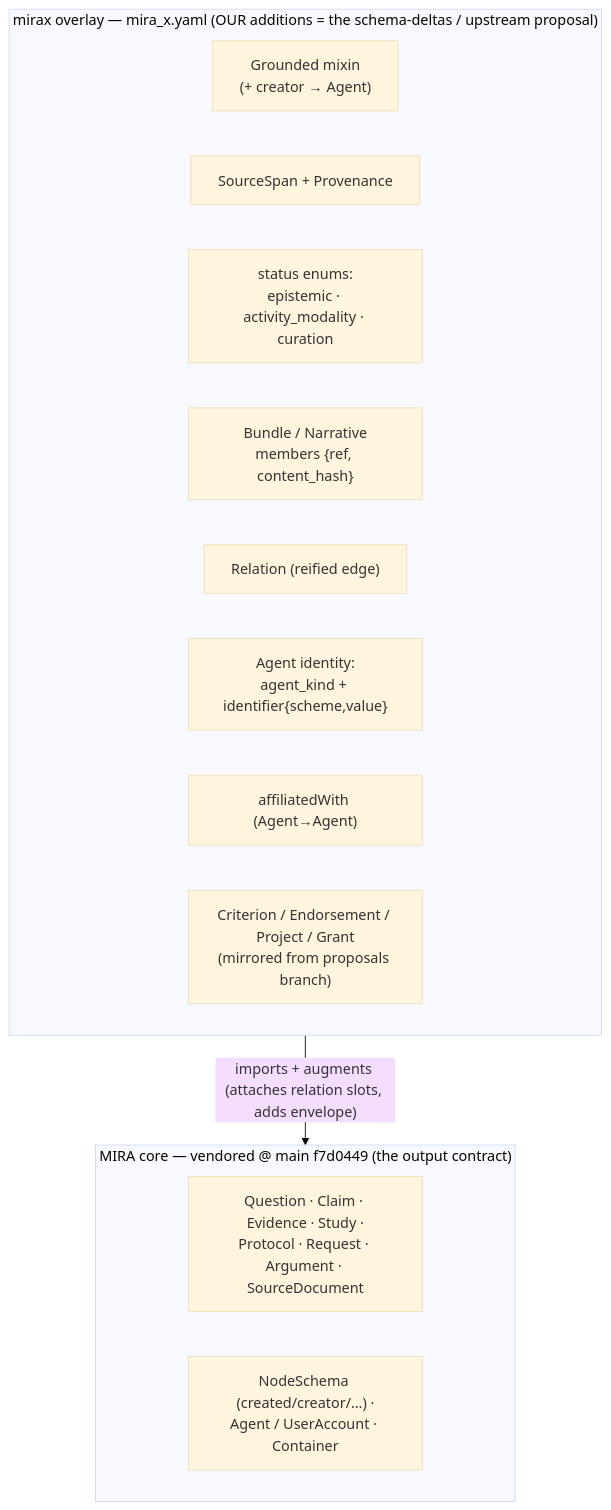
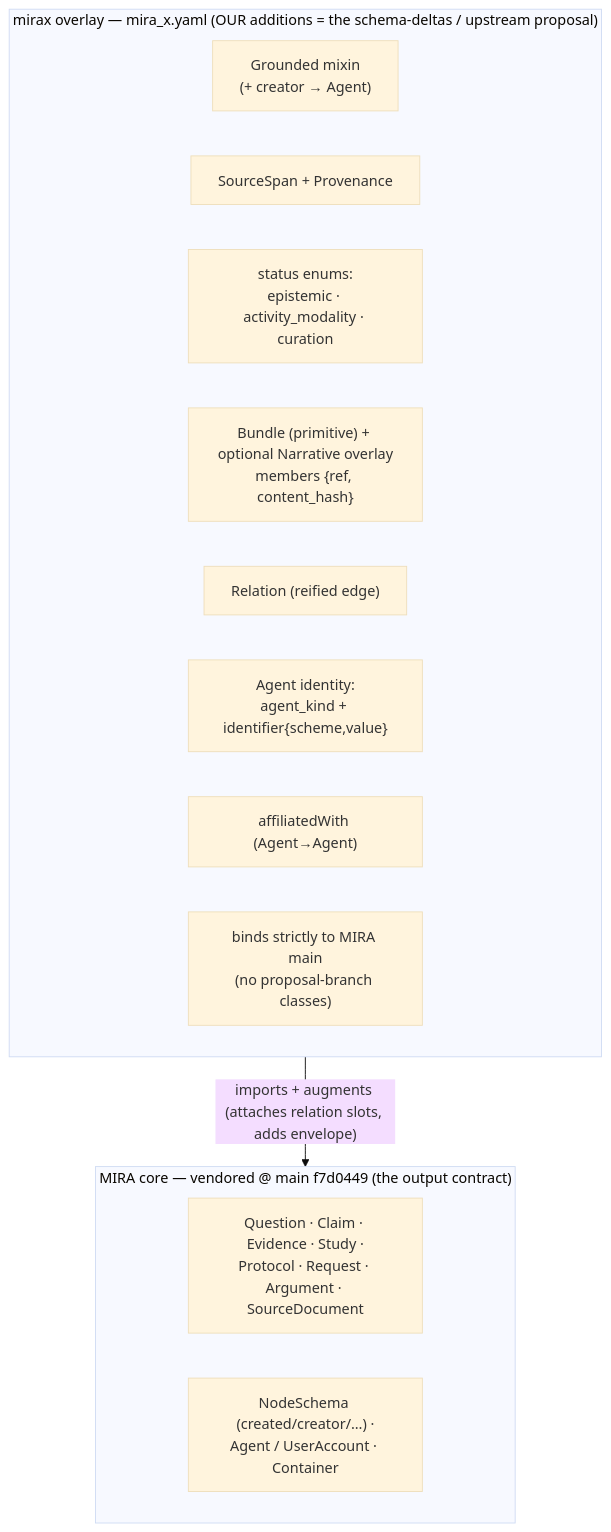
One commit to MIRA-science/MIRA-extraction changed the fourth of 7 diagrams in V1-MODEL.md. Above: the diagram before and after it, drawn with Mermaid (base theme). The commit also changed other lines of this file, not shown here.

First line of the commit message:
Sync v1 visual model: Bundle is primitive, Narrative optional, drop Criterion

````diff
--- a/V1-MODEL.md
+++ b/V1-MODEL.md
@@ -115,20 +112,20 @@
 ```mermaid
 flowchart TB
   subgraph OVL["mirax overlay — mira_x.yaml (OUR additions = the schema-deltas / upstream proposal)"]
     direction LR
     GR["Grounded mixin<br/>(+ creator → Agent)"]
     ENV2["SourceSpan + Provenance"]
     ST3["status enums:<br/>epistemic · activity_modality · curation"]
-    BN["Bundle / Narrative<br/>members {ref, content_hash}"]
+    BN["Bundle (primitive) + optional Narrative overlay<br/>members {ref, content_hash}"]
     REL["Relation (reified edge)"]
     IDT["Agent identity:<br/>agent_kind + identifier{scheme,value}"]
     AFF["affiliatedWith (Agent→Agent)"]
-    CRIT["Criterion / Endorsement / Project / Grant<br/>(mirrored from proposals branch)"]
+    STRICT["binds strictly to MIRA main<br/>(no proposal-branch classes)"]
   end
   subgraph CORE["MIRA core — vendored @ main f7d0449 (the output contract)"]
     direction LR
     DISC["Question · Claim · Evidence · Study ·<br/>Protocol · Request · Argument · SourceDocument"]
     BASE["NodeSchema (created/creator/…) ·<br/>Agent / UserAccount · Container"]
   end
   OVL -->|"imports + augments (attaches relation slots, adds envelope)"| CORE
 ```
````
